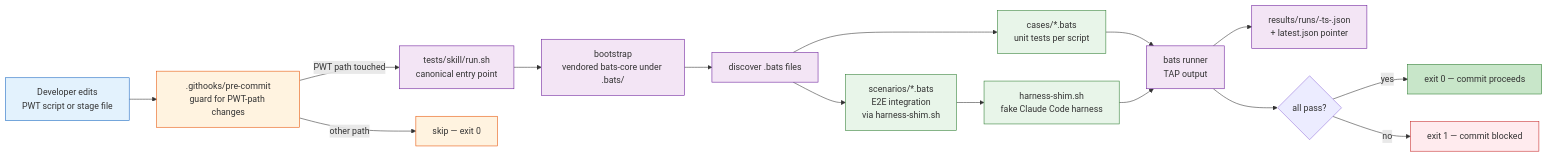
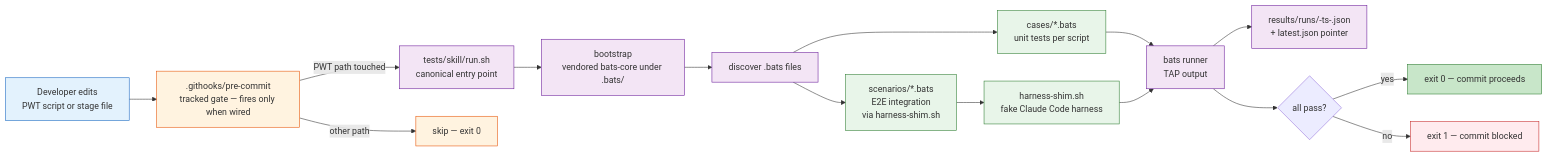
The diagram in tests/skill/CONVENTIONS.md (hivetechs-collective/gstack), drawn with Mermaid before and after one commit. The commit also changed other lines of this file and 5 other files, not shown here.

````diff
--- a/tests/skill/CONVENTIONS.md
+++ b/tests/skill/CONVENTIONS.md
@@ -9,33 +16,33 @@
 ```mermaid
 flowchart LR
-    Dev[Developer edits<br/>PWT script or stage file] --> Hook[.githooks/pre-commit<br/>guard for PWT-path changes]
+    Dev[Developer edits<br/>PWT script or stage file] --> Hook[.githooks/pre-commit<br/>tracked gate — fires only when wired]
     Hook -->|PWT path touched| Run[tests/skill/run.sh<br/>canonical entry point]
     Hook -->|other path| Skip[skip — exit 0]
 
     Run --> Bootstrap[bootstrap<br/>vendored bats-core under .bats/]
     Bootstrap --> Discover[discover .bats files]
     Discover --> Cases[cases/*.bats<br/>unit tests per script]
     Discover --> Scenarios[scenarios/*.bats<br/>E2E integration<br/>via harness-shim.sh]
 
     Cases --> Bats[bats runner<br/>TAP output]
     Scenarios --> Shim[harness-shim.sh<br/>fake Claude Code harness]
     Shim --> Bats
 
     Bats --> Archive[results/runs/-ts-.json<br/>+ latest.json pointer]
     Bats --> Verdict{all pass?}
     Verdict -->|yes| Green[exit 0 — commit proceeds]
     Verdict -->|no| Red[exit 1 — commit blocked]
 
     classDef dev fill:#e3f2fd,stroke:#1565c0
     classDef hook fill:#fff3e0,stroke:#e65100
     classDef run fill:#f3e5f5,stroke:#6a1b9a
     classDef test fill:#e8f5e9,stroke:#2e7d32
     classDef ok fill:#c8e6c9,stroke:#2e7d32
     classDef bad fill:#ffebee,stroke:#c62828
     class Dev dev
     class Hook,Skip hook
     class Run,Bootstrap,Discover,Bats,Archive run
     class Cases,Scenarios,Shim test
     class Green ok
     class Red bad
 ```
````
